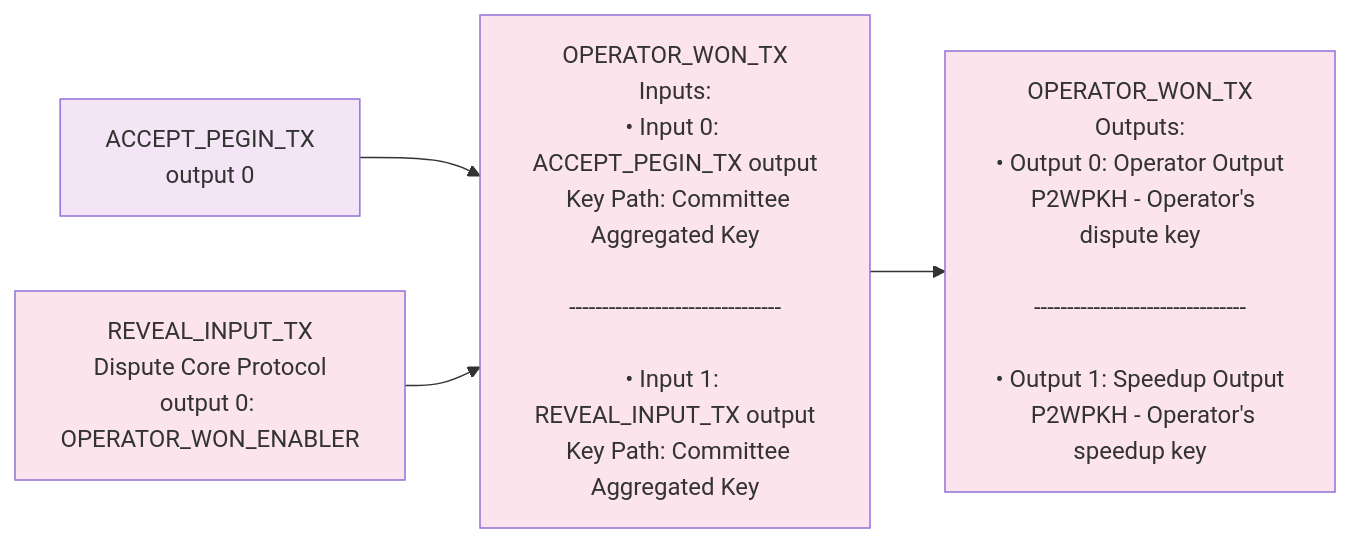
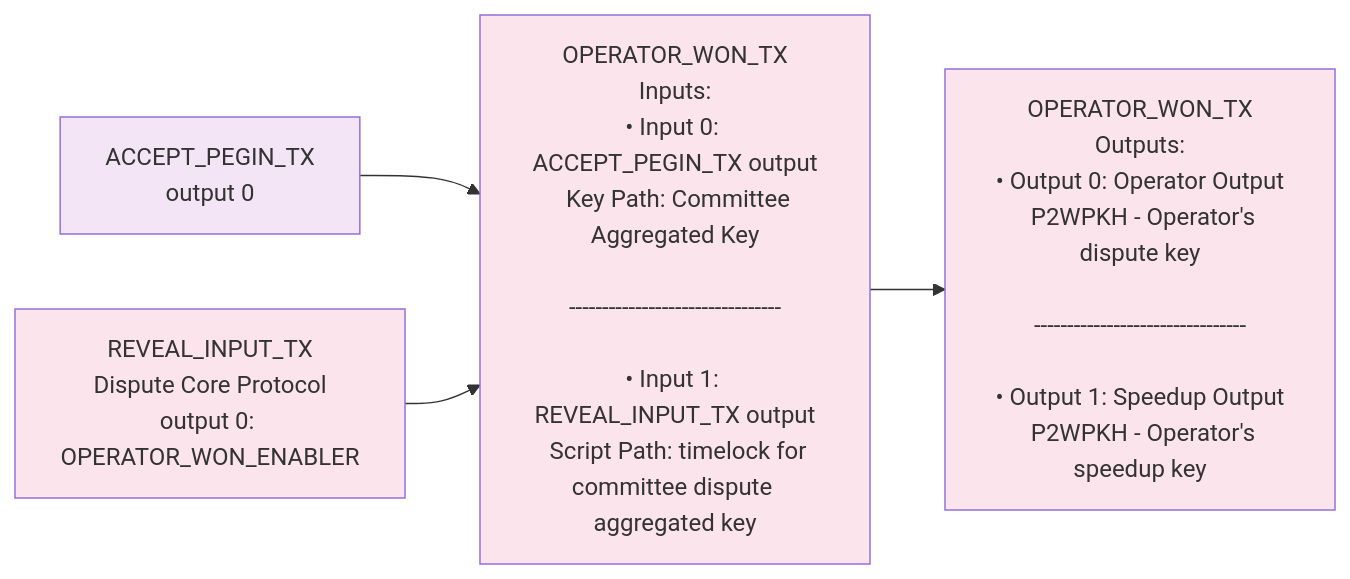
One commit to rsksmart/union-bridge-contracts changed diagram 17 of 24 in bitcoin-transactions.md. Above: the diagram before and after it, drawn with Mermaid. The commit also changed other lines of this file and 11 other files, not shown here.

First line of the commit message:
Validate Input Not Revealed Output (#407)

````diff
--- a/bitcoin-transactions.md
+++ b/bitcoin-transactions.md
@@ -759,11 +762,11 @@
 ```mermaid
 graph LR
-    A[ACCEPT_PEGIN_TX<br/>output 0] --> B[OPERATOR_WON_TX<br/>Inputs:<br/>• Input 0: ACCEPT_PEGIN_TX output<br/>  Key Path: Committee Aggregated Key<br/><br/>--------------------------------<br/><br/>• Input 1: REVEAL_INPUT_TX output<br/>  Key Path: Committee Aggregated Key]
+    A[ACCEPT_PEGIN_TX<br/>output 0] --> B[OPERATOR_WON_TX<br/>Inputs:<br/>• Input 0: ACCEPT_PEGIN_TX output<br/>  Key Path: Committee Aggregated Key<br/><br/>--------------------------------<br/><br/>• Input 1: REVEAL_INPUT_TX output<br/>  Script Path: timelock for committee dispute aggregated key]
     C[REVEAL_INPUT_TX<br/>Dispute Core Protocol<br/>output 0: OPERATOR_WON_ENABLER] --> B
     B --> D[OPERATOR_WON_TX<br/>Outputs:<br/>• Output 0: Operator Output<br/>  P2WPKH - Operator's dispute key<br/><br/>--------------------------------<br/><br/>• Output 1: Speedup Output<br/>  P2WPKH - Operator's speedup key]
 
     style A fill:#f3e5f5
     style B fill:#fce4ec
     style C fill:#fce4ec
     style D fill:#fce4ec
 ```
````
